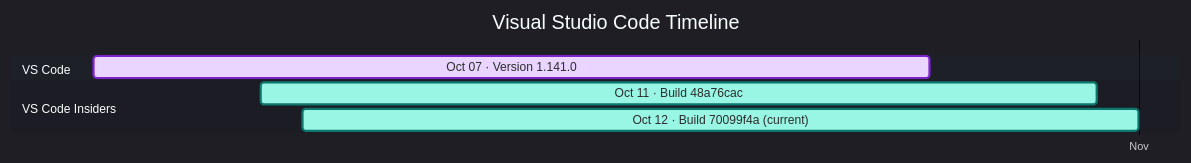
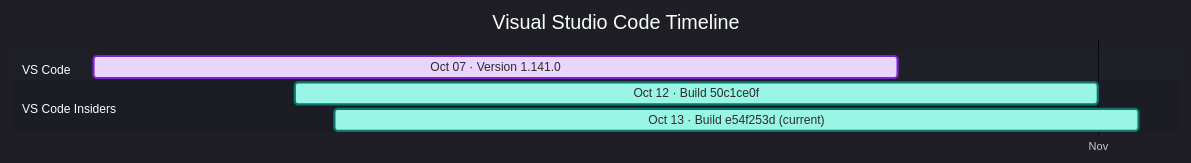
Before and after one commit to Oxelya-DevTools/VisualStudioUpdate: the diagram in docs/vscode.md, drawn with Mermaid. The commit also changed other lines of this file and 1 other file, not shown here.

````diff
--- a/docs/vscode.md
+++ b/docs/vscode.md
@@ -9,13 +9,13 @@
 ```mermaid
 %%{init: {'theme':'dark','themeVariables': { 'fontFamily': 'Segoe UI', 'fontSize': '24px', 'textColor': '#F3F4F6', 'titleTextColor': '#FFFFFF', 'taskTextColor': '#111827', 'taskTextLightColor': '#111827', 'taskTextOutsideColor': '#F3F4F6', 'taskBkgColor': '#BAE6FD', 'taskBorderColor': '#0369A1', 'doneTaskBkgColor': '#E9D5FF', 'doneTaskBorderColor': '#7E22CE', 'activeTaskBkgColor': '#99F6E4', 'activeTaskBorderColor': '#0F766E', 'critTaskBkgColor': '#FED7AA', 'critTaskBorderColor': '#C2410C', 'sectionBkgColor': '#1F2937', 'altSectionBkgColor': '#111827', 'gridColor': '#4B5563', 'todayLineColor': '#F87171' }}}%%
 gantt
     title Visual Studio Code Timeline
     dateFormat  YYYY-MM-DD
     axisFormat  %b
     tickInterval 1month
     section VS Code
     Oct 07 · Version 1.141.0 : done, vscode202610070, 2026-10-07, 20d
     section VS Code Insiders
-    Oct 11 · Build 48a76cac : active, vscodeinsiders202610110, 2026-10-11, 20d
-    Oct 12 · Build 70099f4a (current) : active, vscodeinsiders202610121, 2026-10-12, 20d
+    Oct 12 · Build 50c1ce0f : active, vscodeinsiders202610120, 2026-10-12, 20d
+    Oct 13 · Build e54f253d (current) : active, vscodeinsiders202610131, 2026-10-13, 20d
 ```
````
